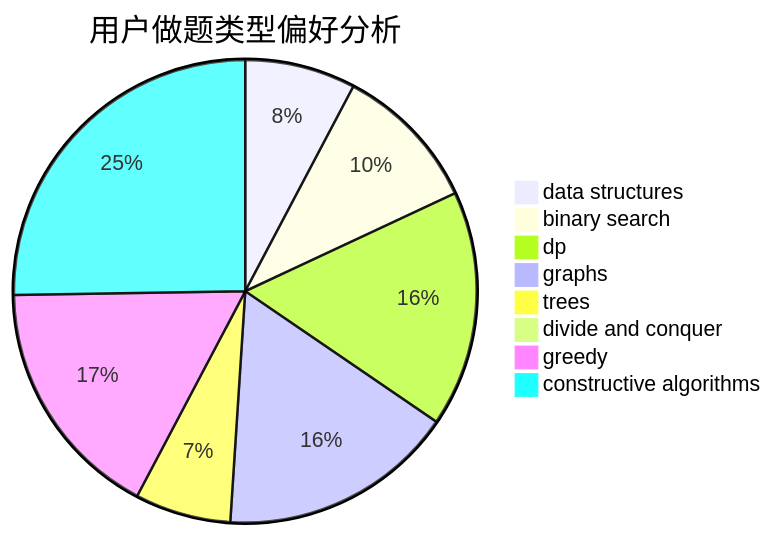
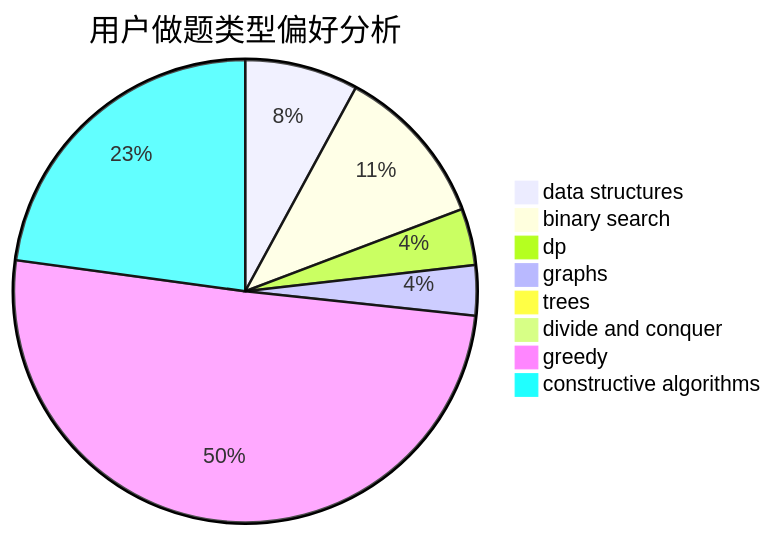
One commit to sherpahu/cfrs.github.io changed the second of 3 diagrams in docs/user/u866.md. Above: the diagram before and after it, drawn with Mermaid. The commit also changed other lines of this file and 2770 other files, not shown here.

````diff
--- a/docs/user/u866.md
+++ b/docs/user/u866.md
@@ -23,11 +23,11 @@
 ```mermaid
 pie title 用户做题类型偏好分析
-    "data structures" :  15
-    "binary search" :  20
-    "dp" :  32
-    "graphs" :  32
-    "trees" :  13
+    "data structures" :  70
+    "binary search" :  100
+    "dp" :  35
+    "graphs" :  31
+    "trees" :  1
     "divide and conquer" :  0
-    "greedy" :  33
-    "constructive algorithms" :  49
+    "greedy" :  446
+    "constructive algorithms" :  202
 ```
````
